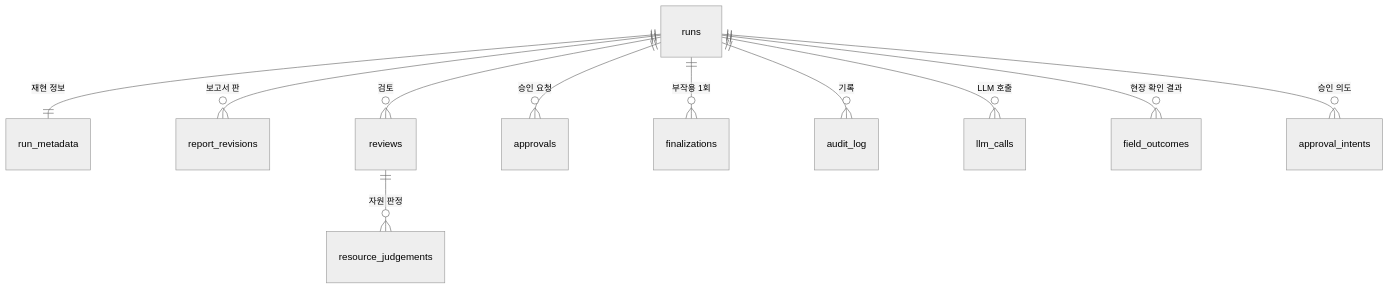
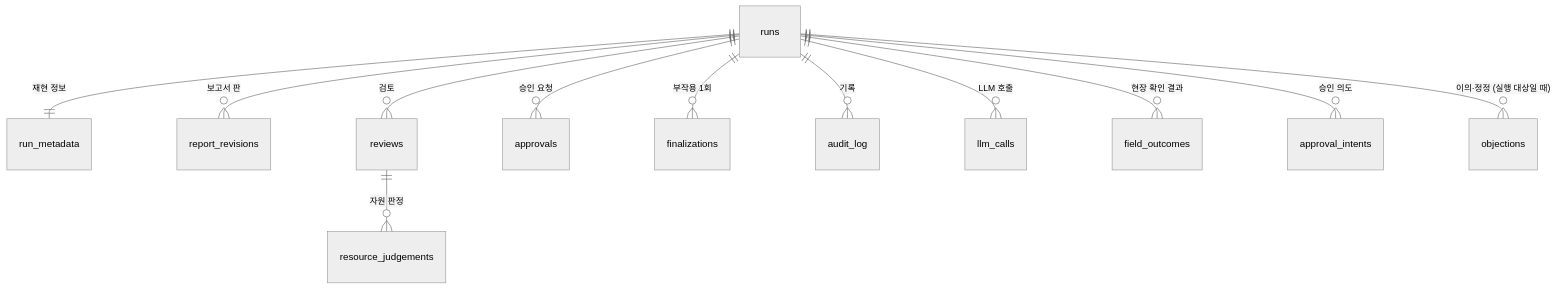
The diagram in docs/데이터_모델.md (taeyeon715/BigDataContest_social-isolation-LINK-Radar), drawn with Mermaid (neutral theme) before and after one commit. The commit also changed other lines of this file and 50 other files, not shown here.

````diff
--- a/docs/데이터_모델.md
+++ b/docs/데이터_모델.md
@@ -29,13 +30,14 @@
 ```mermaid
 erDiagram
     runs ||--|| run_metadata : "재현 정보"
     runs ||--o{ report_revisions : "보고서 판"
     runs ||--o{ reviews : "검토"
     reviews ||--o{ resource_judgements : "자원 판정"
     runs ||--o{ approvals : "승인 요청"
     runs ||--o{ finalizations : "부작용 1회"
     runs ||--o{ audit_log : "기록"
     runs ||--o{ llm_calls : "LLM 호출"
     runs ||--o{ field_outcomes : "현장 확인 결과"
     runs ||--o{ approval_intents : "승인 의도"
+    runs ||--o{ objections : "이의·정정 (실행 대상일 때)"
 ```
````
